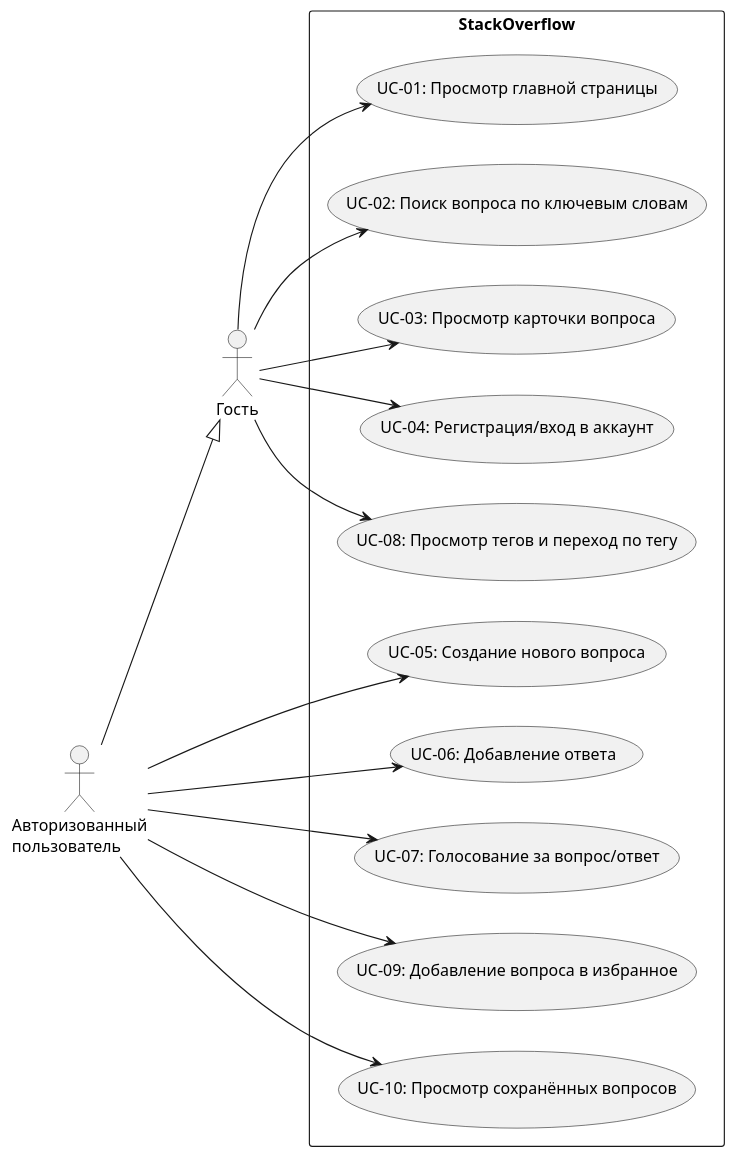
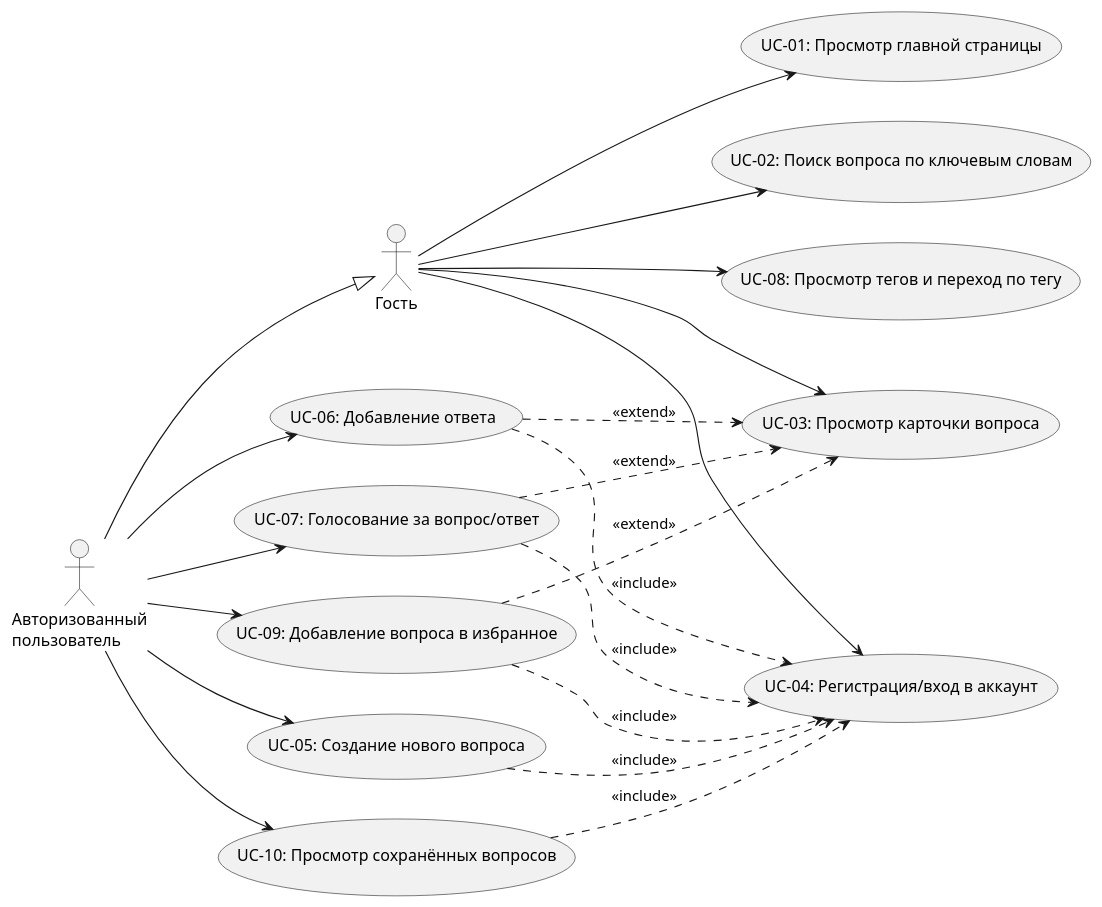
Before and after one commit to arekalov/tpo-lab3: the diagram in docs/use-case-diagram.md, drawn with PlantUML. The commit also changed other lines of this file and 6 other files, not shown here.

````diff
--- a/docs/use-case-diagram.md
+++ b/docs/use-case-diagram.md
@@ -37,36 +3,46 @@
 ```plantuml
 @startuml
 left to right direction
 
 actor "Гость" as Guest
 actor "Авторизованный\nпользователь" as AuthUser
 
 AuthUser --|> Guest
 
-rectangle StackOverflow {
-    usecase "UC-01: Просмотр главной страницы" as UC01
-    usecase "UC-02: Поиск вопроса по ключевым словам" as UC02
-    usecase "UC-03: Просмотр карточки вопроса" as UC03
-    usecase "UC-04: Регистрация/вход в аккаунт" as UC04
-    usecase "UC-08: Просмотр тегов и переход по тегу" as UC08
+usecase "UC-01: Просмотр главной страницы" as UC01
+usecase "UC-02: Поиск вопроса по ключевым словам" as UC02
+usecase "UC-03: Просмотр карточки вопроса" as UC03
+usecase "UC-04: Регистрация/вход в аккаунт" as UC04
+usecase "UC-08: Просмотр тегов и переход по тегу" as UC08
 
-    usecase "UC-05: Создание нового вопроса" as UC05
-    usecase "UC-06: Добавление ответа" as UC06
-    usecase "UC-07: Голосование за вопрос/ответ" as UC07
-    usecase "UC-09: Добавление вопроса в избранное" as UC09
-    usecase "UC-10: Просмотр сохранённых вопросов" as UC10
-}
+usecase "UC-05: Создание нового вопроса" as UC05
+usecase "UC-06: Добавление ответа" as UC06
+usecase "UC-07: Голосование за вопрос/ответ" as UC07
+usecase "UC-09: Добавление вопроса в избранное" as UC09
+usecase "UC-10: Просмотр сохранённых вопросов" as UC10
 
 Guest --> UC01
 Guest --> UC02
 Guest --> UC03
 Guest --> UC04
 Guest --> UC08
 
 AuthUser --> UC05
 AuthUser --> UC06
 AuthUser --> UC07
 AuthUser --> UC09
 AuthUser --> UC10
+
+' <<include>>: UC-05..09 требуют авторизации
+UC05 ..> UC04 : <<include>>
+UC06 ..> UC04 : <<include>>
+UC07 ..> UC04 : <<include>>
+UC09 ..> UC04 : <<include>>
+UC10 ..> UC04 : <<include>>
+
+' <<extend>>: действия расширяют просмотр карточки вопроса
+UC06 ..> UC03 : <<extend>>
+UC07 ..> UC03 : <<extend>>
+UC09 ..> UC03 : <<extend>>
 @enduml
 ```
````
